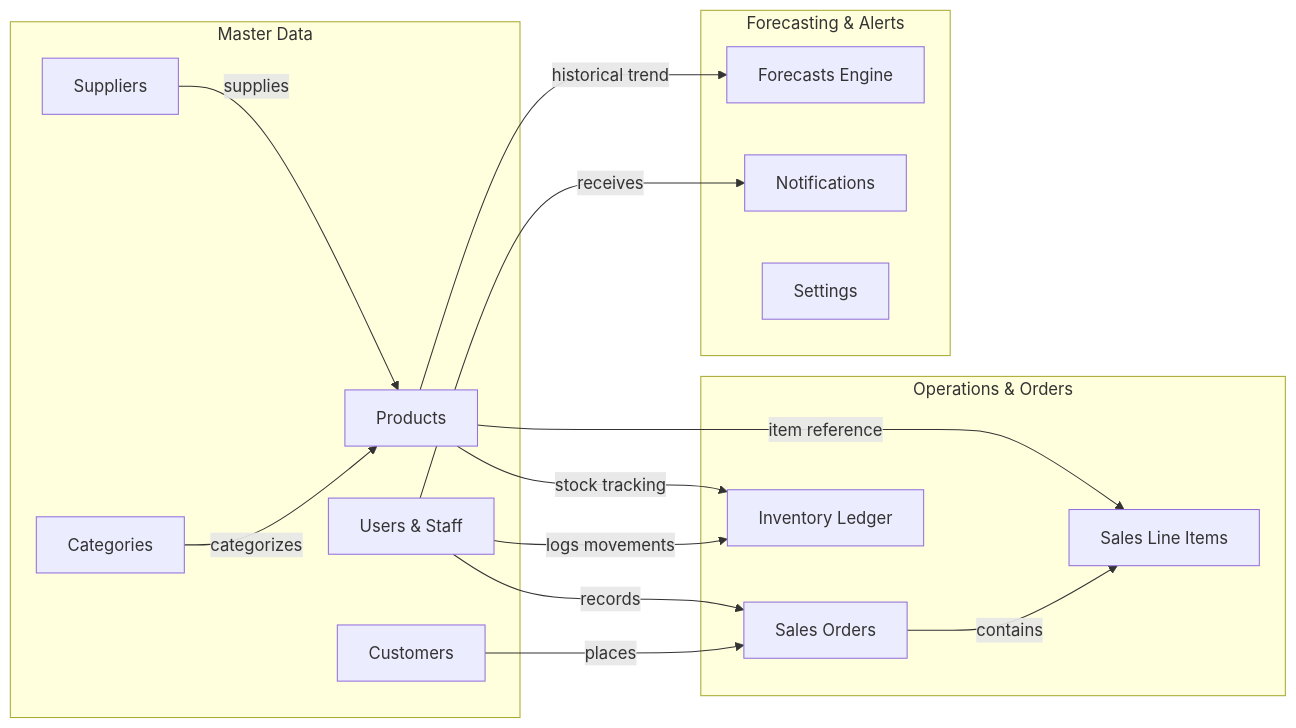
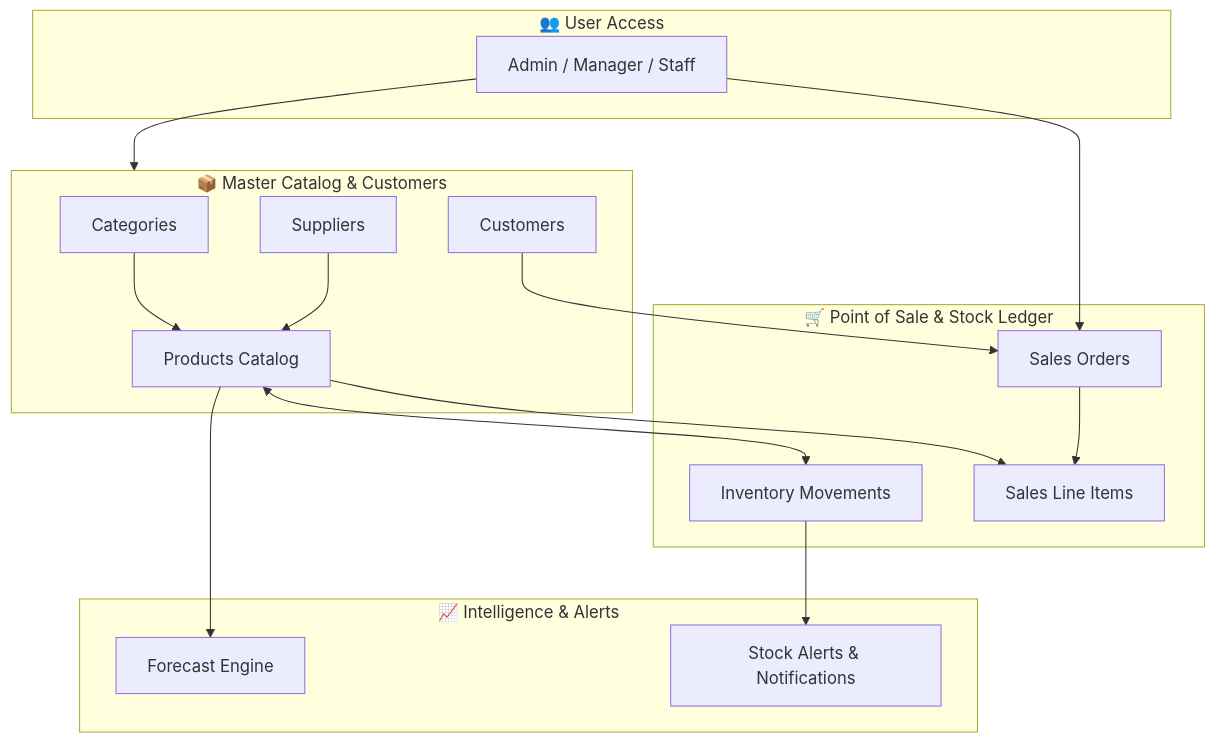
One commit to vivek-kumar-kandu/ForecastIQ-Intelligent-Sales-Inventory-Intelligence changed the diagram in README.md. Above: the diagram before and after it, drawn with Mermaid. The commit also changed other lines of this file, not shown here.

Commit message:
Use display math blocks for forecasting equations and refine Mermaid diagram layout

````diff
--- a/README.md
+++ b/README.md
@@ -229,34 +241,27 @@
 ```mermaid
-flowchart LR
-    subgraph MasterData ["Master Data"]
-        CAT["Categories"]
-        SUP["Suppliers"]
-        PROD["Products"]
-        CUST["Customers"]
-        USR["Users & Staff"]
+flowchart TD
+    subgraph Users ["👥 User Access"]
+        U["Admin / Manager / Staff"]
     end
 
-    subgraph Operations ["Operations & Orders"]
-        SALE["Sales Orders"]
-        ITEM["Sales Line Items"]
-        INV["Inventory Ledger"]
+    subgraph Master ["📦 Master Catalog & Customers"]
+        CAT["Categories"] --> PROD["Products Catalog"]
+        SUP["Suppliers"] --> PROD
+        CUST["Customers"]
     end
 
-    subgraph Intelligence ["Forecasting & Alerts"]
-        FC["Forecasts Engine"]
-        NOTIF["Notifications"]
-        SETT["Settings"]
+    subgraph Transactions ["🛒 Point of Sale & Stock Ledger"]
+        SALE["Sales Orders"] --> ITEMS["Sales Line Items"]
+        PROD --> ITEMS
+        PROD <--> INV["Inventory Movements"]
     end
 
-    CAT -->|categorizes| PROD
-    SUP -->|supplies| PROD
-    CUST -->|places| SALE
-    USR -->|records| SALE
-    USR -->|logs movements| INV
-    USR -->|receives| NOTIF
+    subgraph Analytics ["📈 Intelligence & Alerts"]
+        PROD --> FC["Forecast Engine"]
+        INV --> NOTIF["Stock Alerts & Notifications"]
+    end
 
-    SALE -->|contains| ITEM
-    PROD -->|item reference| ITEM
-    PROD -->|stock tracking| INV
-    PROD -->|historical trend| FC
+    U --> Master
+    U --> SALE
+    CUST --> SALE
 ```
````
